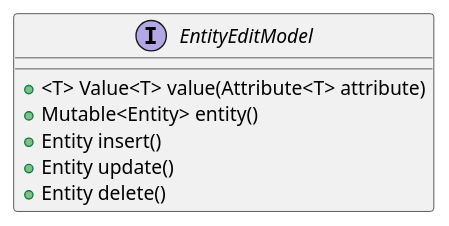
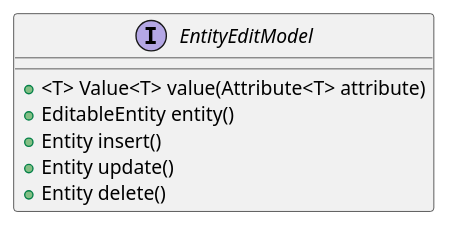
Before and after one commit to codion-is/codion: the diagram in documentation/src/docs/asciidoc/manual/framework-entity-edit-model.adoc, drawn with PlantUML. The commit also changed other lines of this file and 14 other files, not shown here.

```diff
--- a/documentation/src/docs/asciidoc/manual/framework-entity-edit-model.adoc
+++ b/documentation/src/docs/asciidoc/manual/framework-entity-edit-model.adoc
@@ -5,12 +5,12 @@
 [plantuml,entity-edit-model-diagram,svg,align=center]
 -------------------------------------------
 skinparam genericDisplay old
 
 interface EntityEditModel {
     +<T> Value<T> value(Attribute<T> attribute)
-    +Mutable<Entity> entity()
+    +EditableEntity entity()
     +Entity insert()
     +Entity update()
     +Entity delete()
 }
 -------------------------------------------
```
